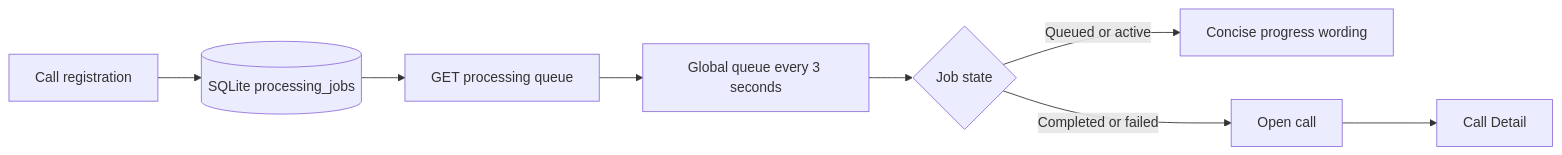
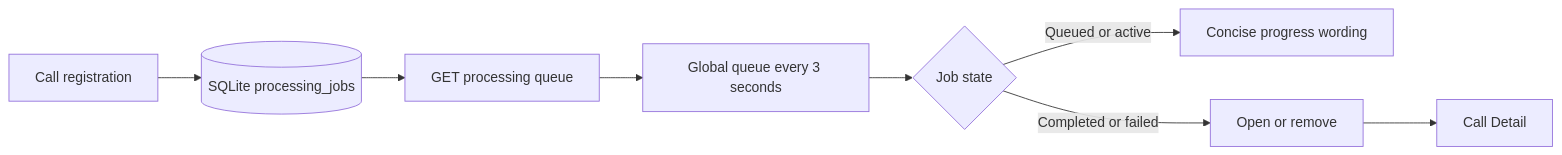
Before and after one commit to vrize-poc-demo/call-center-radar: the diagram in docs/stories/story-3.5-global-processing-queue.md, drawn with Mermaid. The commit also changed other lines of this file and 10 other files, not shown here.

````diff
--- a/docs/stories/story-3.5-global-processing-queue.md
+++ b/docs/stories/story-3.5-global-processing-queue.md
@@ -39,10 +42,10 @@
 ```mermaid
 flowchart LR
   A[Call registration] --> B[(SQLite processing_jobs)]
   B --> C[GET processing queue]
   C --> D[Global queue every 3 seconds]
   D --> E{Job state}
   E -->|Queued or active| F[Concise progress wording]
-  E -->|Completed or failed| G[Open call]
+  E -->|Completed or failed| G[Open or remove]
   G --> H[Call Detail]
 ```
````
